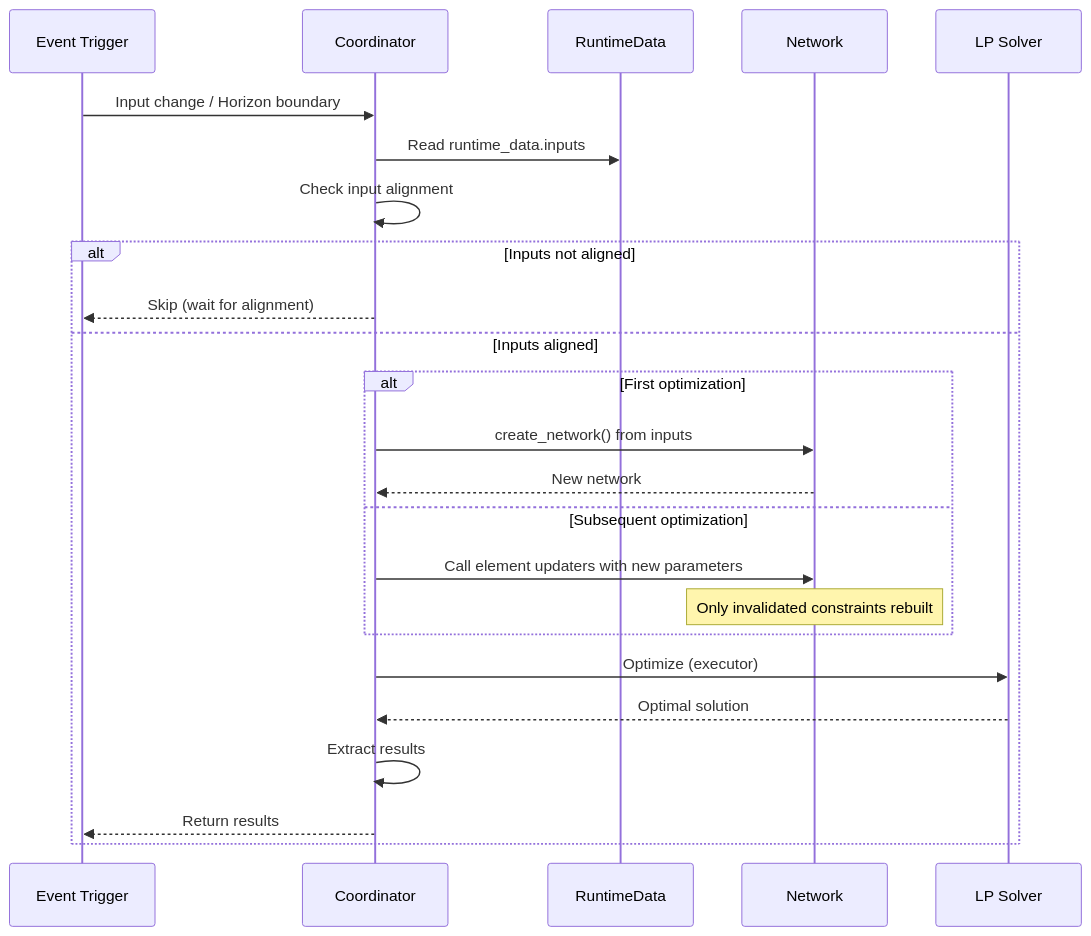
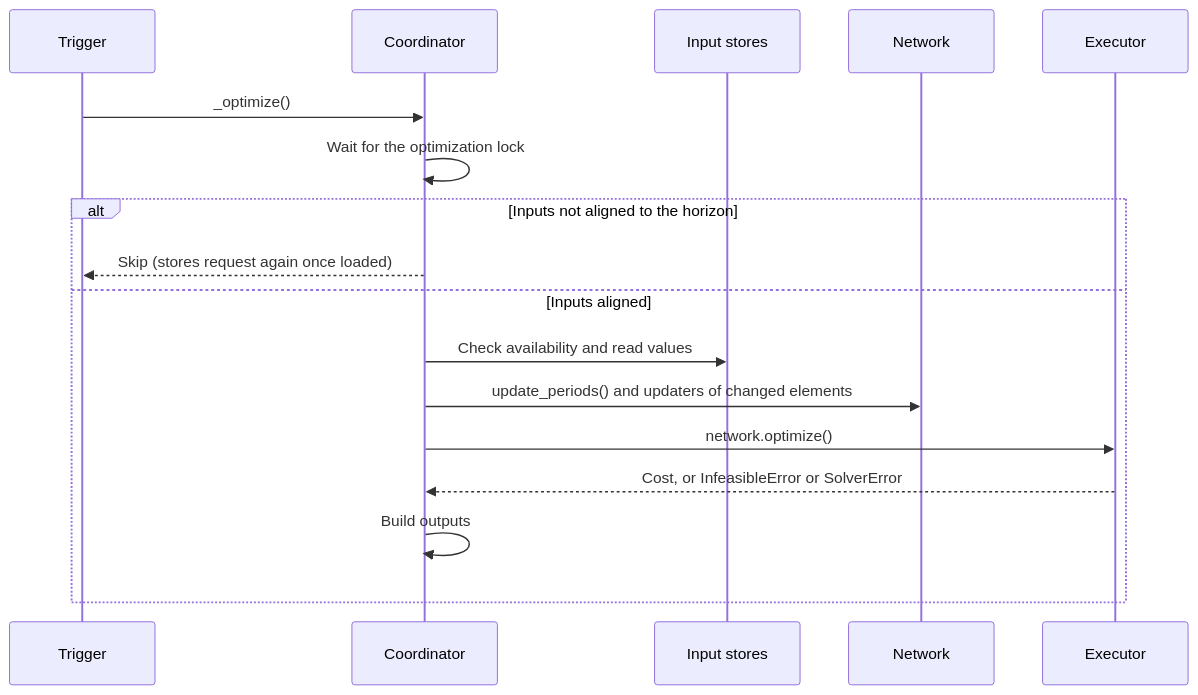
One commit to hass-energy/haeo changed the first of 2 diagrams in docs/developer-guide/coordinator.md. Above: the diagram before and after it, drawn with Mermaid. The commit also changed other lines of this file and 52 other files, not shown here.

````diff
--- a/docs/developer-guide/coordinator.md
+++ b/docs/developer-guide/coordinator.md
@@ -38,27 +40,20 @@
 ```mermaid
 sequenceDiagram
-    participant Trigger as Event Trigger
+    participant Trigger as Trigger
     participant C as Coordinator
-    participant RD as RuntimeData
+    participant S as Input stores
     participant N as Network
-    participant LP as LP Solver
+    participant LP as Executor
 
-    Trigger->>C: Input change / Horizon boundary
-    C->>RD: Read runtime_data.inputs
-    C->>C: Check input alignment
-    alt Inputs not aligned
-        C-->>Trigger: Skip (wait for alignment)
+    Trigger->>C: _optimize()
+    C->>C: Wait for the optimization lock
+    alt Inputs not aligned to the horizon
+        C-->>Trigger: Skip (stores request again once loaded)
     else Inputs aligned
-        alt First optimization
-            C->>N: create_network() from inputs
-            N-->>C: New network
-        else Subsequent optimization
-            C->>N: Call element updaters with new parameters
-            Note over N: Only invalidated constraints rebuilt
-        end
-        C->>LP: Optimize (executor)
-        LP-->>C: Optimal solution
-        C->>C: Extract results
-        C-->>Trigger: Return results
+        C->>S: Check availability and read values
+        C->>N: update_periods() and updaters of changed elements
+        C->>LP: network.optimize()
+        LP-->>C: Cost, or InfeasibleError or SolverError
+        C->>C: Build outputs
     end
 ```
````
